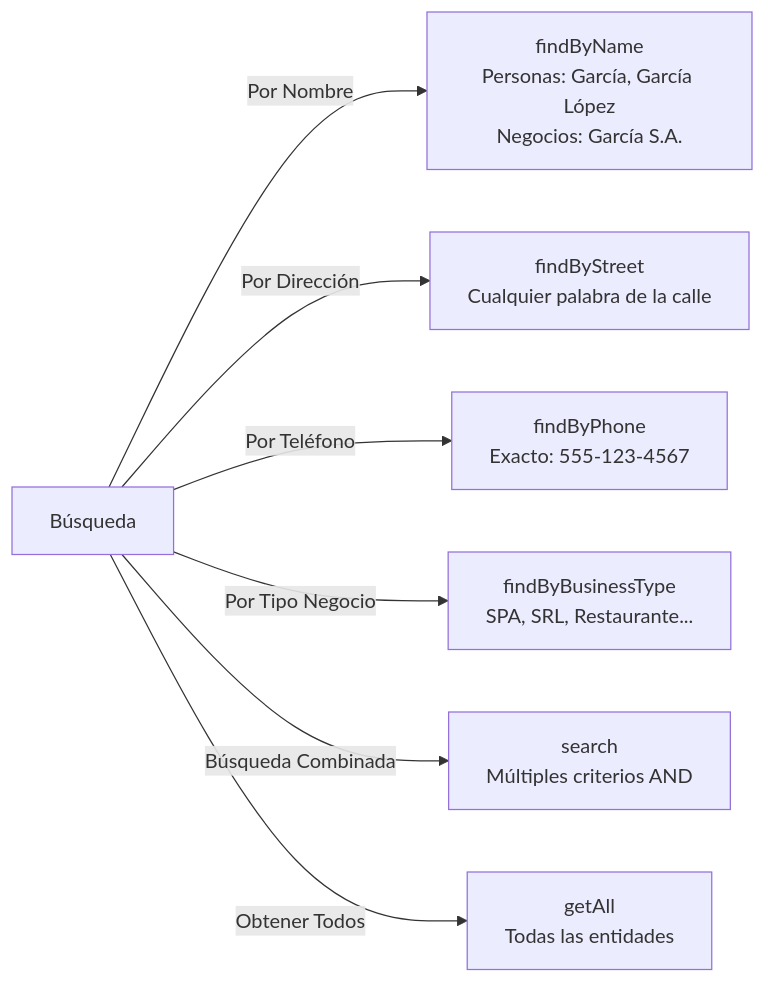
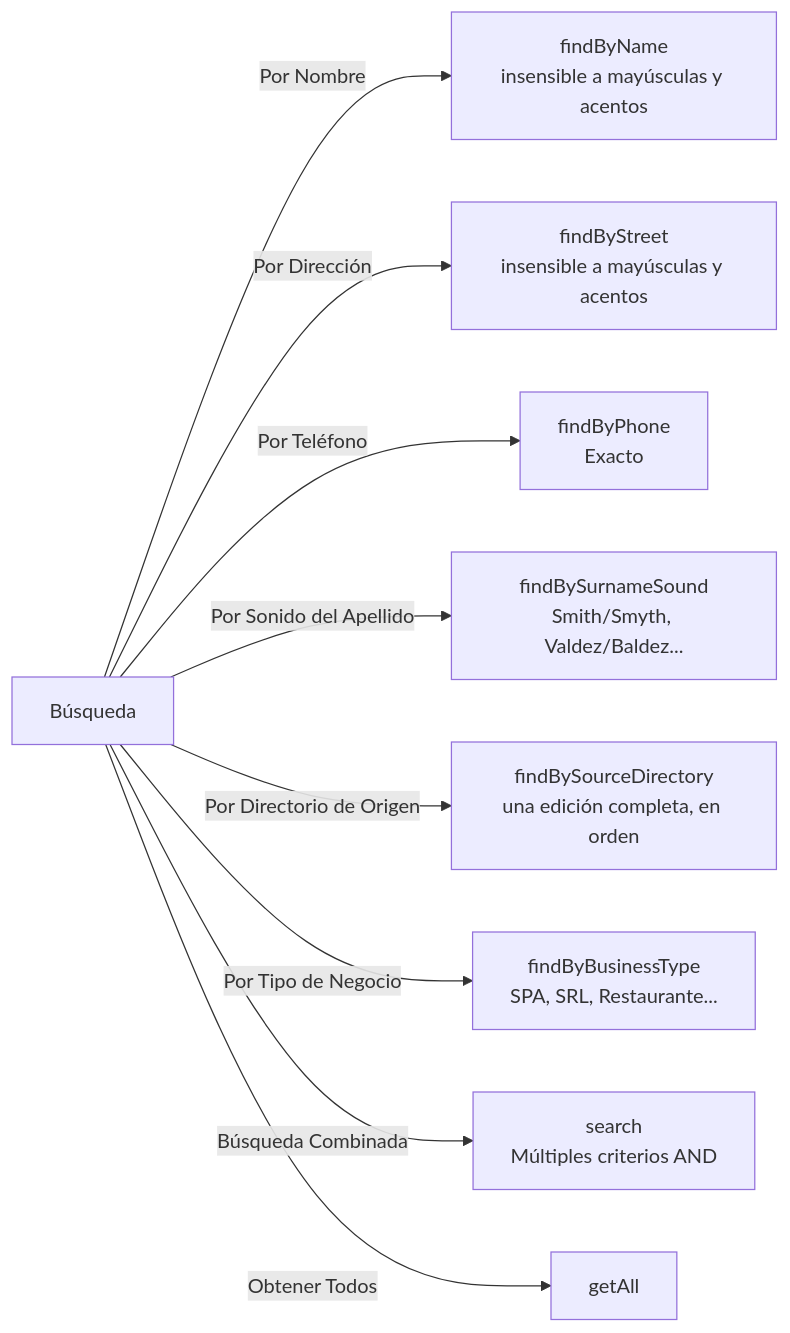
One commit to lol-protocol/php changed diagram 11 of 11 in src/PhoneDirectory/ARCHITECTURE.md. Above: the diagram before and after it, drawn with Mermaid. The commit also changed other lines of this file and 7 other files, not shown here.

````diff
--- a/src/PhoneDirectory/ARCHITECTURE.md
+++ b/src/PhoneDirectory/ARCHITECTURE.md
@@ -293,9 +422,11 @@
 ```mermaid
 graph LR
-    A[Búsqueda] -->|Por Nombre| B["findByName<br/>Personas: García, García López<br/>Negocios: García S.A."]
-    A -->|Por Dirección| C["findByStreet<br/>Cualquier palabra de la calle"]
-    A -->|Por Teléfono| D["findByPhone<br/>Exacto: 555-123-4567"]
-    A -->|Por Tipo Negocio| E["findByBusinessType<br/>SPA, SRL, Restaurante..."]
-    A -->|Búsqueda Combinada| F["search<br/>Múltiples criterios AND"]
-    A -->|Obtener Todos| G["getAll<br/>Todas las entidades"]
+    A[Búsqueda] -->|Por Nombre| B["findByName<br/>insensible a mayúsculas y acentos"]
+    A -->|Por Dirección| C["findByStreet<br/>insensible a mayúsculas y acentos"]
+    A -->|Por Teléfono| D["findByPhone<br/>Exacto"]
+    A -->|Por Sonido del Apellido| E["findBySurnameSound<br/>Smith/Smyth, Valdez/Baldez..."]
+    A -->|Por Directorio de Origen| F["findBySourceDirectory<br/>una edición completa, en orden"]
+    A -->|Por Tipo de Negocio| G["findByBusinessType<br/>SPA, SRL, Restaurante..."]
+    A -->|Búsqueda Combinada| H["search<br/>Múltiples criterios AND"]
+    A -->|Obtener Todos| I["getAll"]
 ```
````
